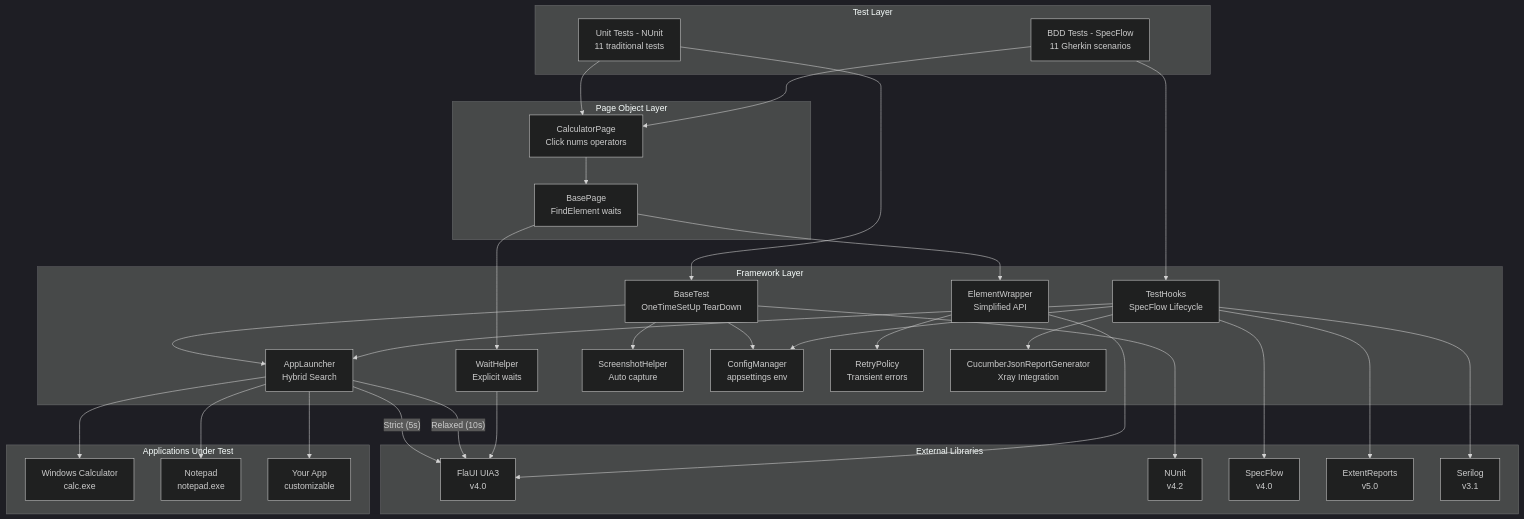
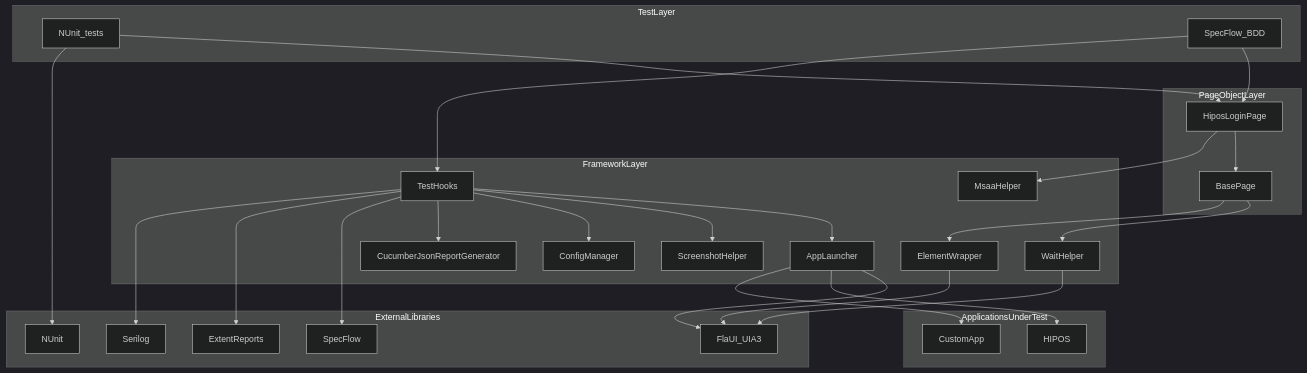
The first of 6 diagrams in website/docs/architecture.md (Akradeveloper/Hipos), drawn with Mermaid (dark theme) before and after one commit. The commit also changed other lines of this file and 15 other files, not shown here.

First line of the commit message:
Refactor ConfigManager and remove unused classes to streamline the codebase

````diff
--- a/website/docs/architecture.md
+++ b/website/docs/architecture.md
@@ -11,64 +11,57 @@
 ```mermaid
 graph TB
-    subgraph Tests[Test Layer]
-        UT[Unit Tests - NUnit<br/>11 traditional tests]
-        BDD[BDD Tests - SpecFlow<br/>11 Gherkin scenarios]
+    subgraph Tests[TestLayer]
+        UT[NUnit_tests]
+        BDD[SpecFlow_BDD]
     end
     
-    subgraph PageObjects[Page Object Layer]
-        CP[CalculatorPage<br/>Click nums operators]
-        BP[BasePage<br/>FindElement waits]
+    subgraph PageObjects[PageObjectLayer]
+        HP[HiposLoginPage]
+        BP[BasePage]
     end
     
-    subgraph Framework[Framework Layer]
-        AL[AppLauncher<br/>Hybrid Search]
-        BT[BaseTest<br/>OneTimeSetUp TearDown]
-        TH[TestHooks<br/>SpecFlow Lifecycle]
-        WH[WaitHelper<br/>Explicit waits]
-        EW[ElementWrapper<br/>Simplified API]
-        SH[ScreenshotHelper<br/>Auto capture]
-        CM[ConfigManager<br/>appsettings env]
-        RP[RetryPolicy<br/>Transient errors]
-        CJ[CucumberJsonReportGenerator<br/>Xray Integration]
+    subgraph Framework[FrameworkLayer]
+        AL[AppLauncher]
+        TH[TestHooks]
+        WH[WaitHelper]
+        EW[ElementWrapper]
+        SH[ScreenshotHelper]
+        CM[ConfigManager]
+        MH[MsaaHelper]
+        CJ[CucumberJsonReportGenerator]
     end
     
-    subgraph External[External Libraries]
-        FlaUI[FlaUI UIA3<br/>v4.0]
-        NUnit[NUnit<br/>v4.2]
-        SpecFlow[SpecFlow<br/>v4.0]
-        ExtentReports[ExtentReports<br/>v5.0]
-        Serilog[Serilog<br/>v3.1]
+    subgraph External[ExternalLibraries]
+        FlaUI[FlaUI_UIA3]
+        NUnit[NUnit]
+        SpecFlow[SpecFlow]
+        ExtentReports[ExtentReports]
+        Serilog[Serilog]
     end
     
-    subgraph AUT[Applications Under Test]
-        CalcApp[Windows Calculator<br/>calc.exe]
-        NotepadApp[Notepad<br/>notepad.exe]
-        CustomApp[Your App<br/>customizable]
+    subgraph AUT[ApplicationsUnderTest]
+        HiposApp[HIPOS]
+        CustomApp[CustomApp]
     end
     
-    UT --> CP
-    BDD --> CP
-    CP --> BP
+    UT --> HP
+    BDD --> HP
+    HP --> BP
     BP --> WH
     BP --> EW
-    UT --> BT
     BDD --> TH
-    BT --> AL
     TH --> AL
-    BT --> SH
-    BT --> CM
+    TH --> SH
     TH --> CM
     TH --> CJ
-    AL -->|"Strict (5s)"| FlaUI
-    AL -->|"Relaxed (10s)"| FlaUI
+    HP --> MH
+    AL --> FlaUI
     WH --> FlaUI
     EW --> FlaUI
-    BT --> NUnit
     TH --> SpecFlow
     TH --> ExtentReports
     TH --> Serilog
-    EW --> RP
-    AL --> CalcApp
-    AL --> NotepadApp
+    UT --> NUnit
+    AL --> HiposApp
     AL --> CustomApp
 ```
````
